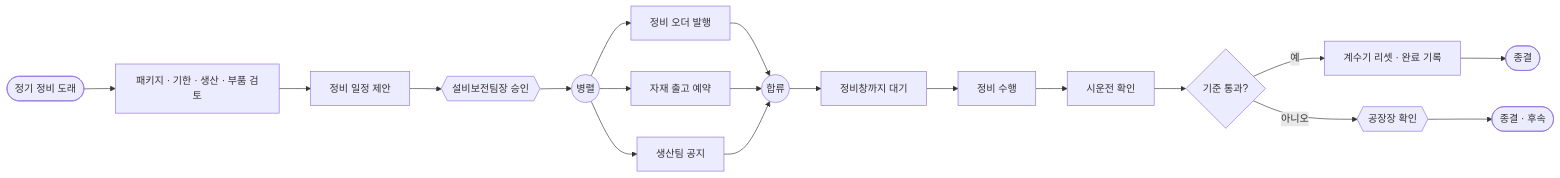
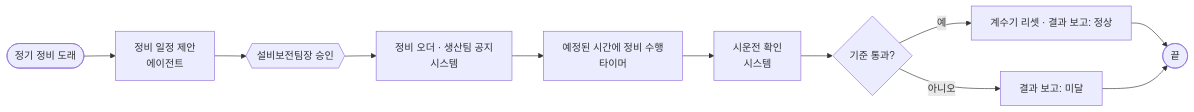
Before and after one commit to uengine-oss/hyd-iot-edu: the second of 3 diagrams in docs/보고서/2026-10-09_HYD_시나리오_3개.md, drawn with Mermaid. The commit also changed other lines of this file, not shown here.

Commit message:
A161: 시나리오 보고서 — B 정기 정비 확정, 흐름을 승인 1회 · 시스템 자동 확인 · 결과 보고로 단순화, 경쟁하는 대안 명시

````diff
--- a/docs/보고서/2026-10-09_HYD_시나리오_3개.md
+++ b/docs/보고서/2026-10-09_HYD_시나리오_3개.md
@@ -93,21 +107,13 @@
 ```mermaid
 flowchart LR
-  S([정기 정비 도래]) --> A1[패키지 · 기한 · 생산 · 부품 검토]
-  A1 --> A2[정비 일정 제안]
-  A2 --> H1{{설비보전팀장 승인}}
-  H1 --> PF((병렬))
-  PF --> P1[정비 오더 발행]
-  PF --> P2[자재 출고 예약]
-  PF --> P3[생산팀 공지]
-  P1 --> PJ((합류))
-  P2 --> PJ
-  P3 --> PJ
-  PJ --> P4[정비창까지 대기]
-  P4 --> P5[정비 수행]
-  P5 --> P6[시운전 확인]
-  P6 --> G{기준 통과?}
-  G -- 예 --> P7[계수기 리셋 · 완료 기록]
-  P7 --> E1([종결])
-  G -- 아니오 --> H2{{공장장 확인}}
-  H2 --> E2([종결 · 후속])
+  S([정기 정비 도래]) --> A1[정비 일정 제안<br/>에이전트]
+  A1 --> H1{{설비보전팀장 승인}}
+  H1 --> P1[정비 오더 · 생산팀 공지<br/>시스템]
+  P1 --> P2[예정된 시간에 정비 수행<br/>타이머]
+  P2 --> P3[시운전 확인<br/>시스템]
+  P3 --> G{기준 통과?}
+  G -- 예 --> R1[계수기 리셋 · 결과 보고: 정상]
+  G -- 아니오 --> R2[결과 보고: 미달]
+  R1 --> E([끝])
+  R2 --> E
 ```
````
